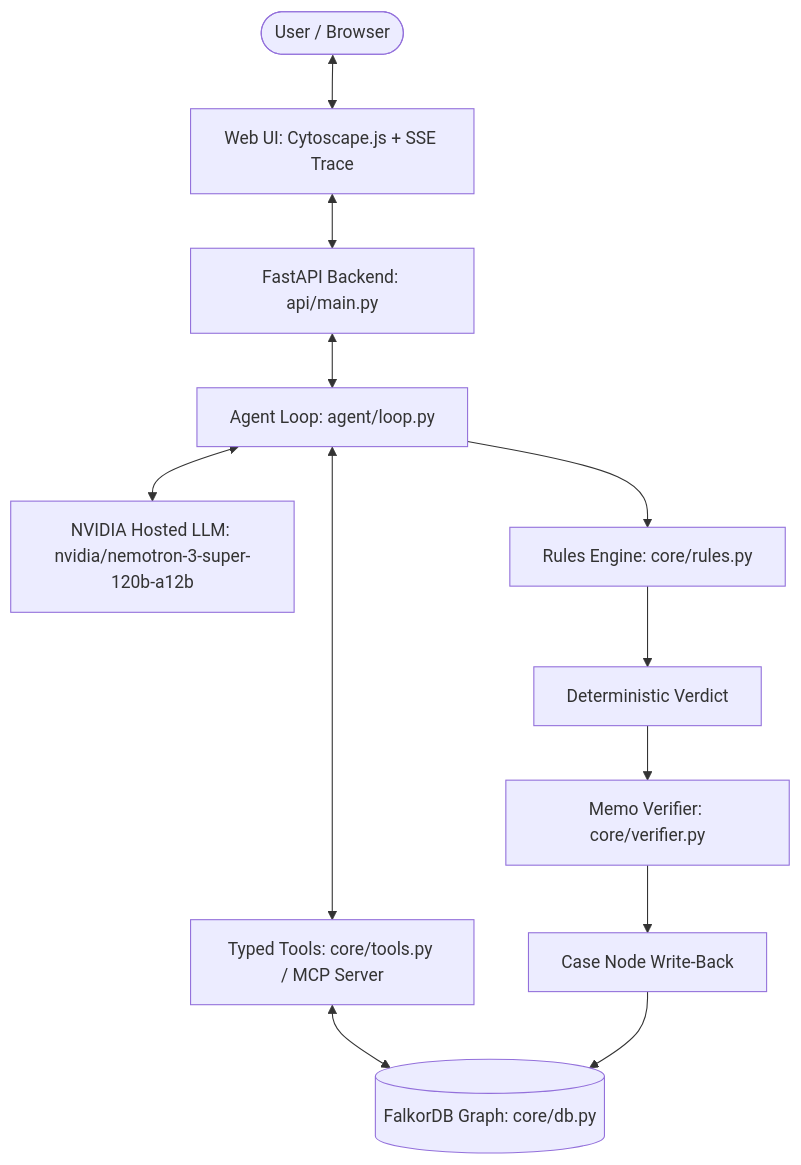
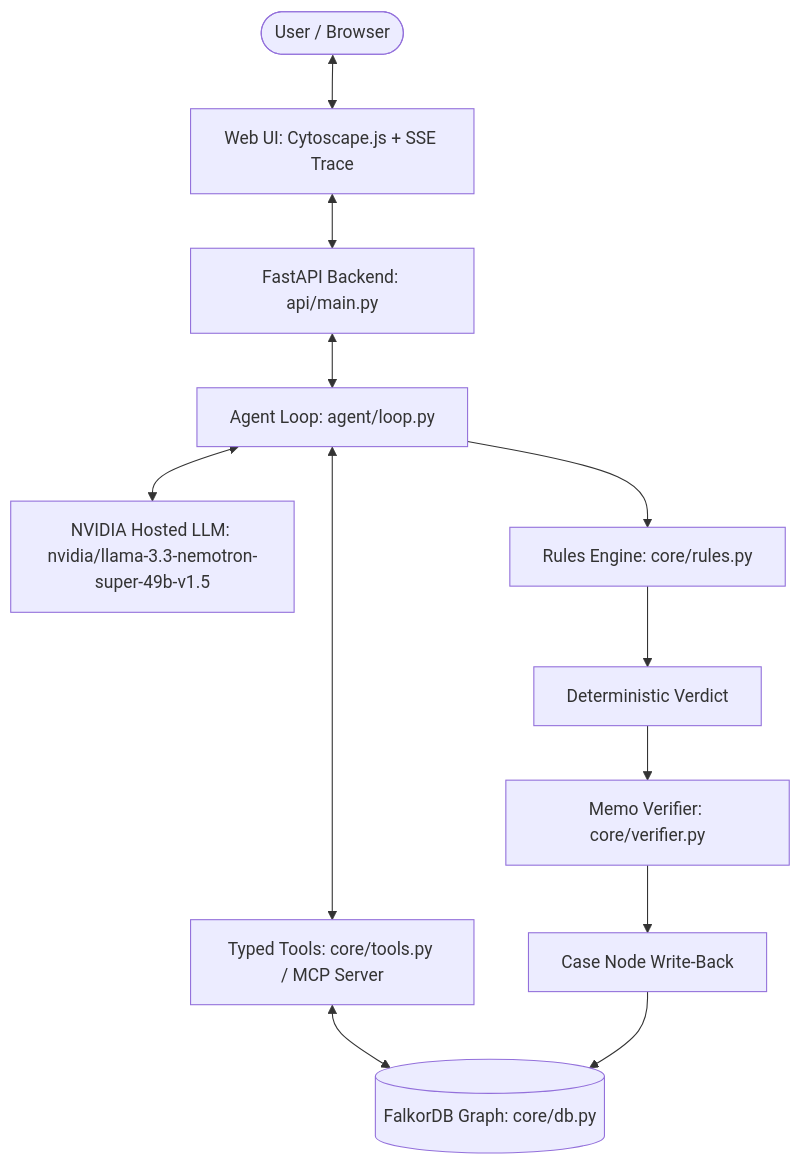
The first of 2 diagrams in README.md (GoDxVictoryRR/ACD-Agent), drawn with Mermaid before and after one commit. The commit also changed other lines of this file and 260 other files, not shown here.

````diff
--- a/README.md
+++ b/README.md
@@ -64,14 +66,14 @@
 ```mermaid
 graph TD
     User([User / Browser]) <--> UI[Web UI: Cytoscape.js + SSE Trace]
     UI <--> API[FastAPI Backend: api/main.py]
     API <--> Loop[Agent Loop: agent/loop.py]
-    Loop <--> LLM[NVIDIA Hosted LLM: nvidia/nemotron-3-super-120b-a12b]
+    Loop <--> LLM[NVIDIA Hosted LLM: nvidia/llama-3.3-nemotron-super-49b-v1.5]
     Loop <--> Tools[Typed Tools: core/tools.py / MCP Server]
     Tools <--> DB[(FalkorDB Graph: core/db.py)]
     Loop --> Rules[Rules Engine: core/rules.py]
     Rules --> Verdict[Deterministic Verdict]
     Verdict --> Verifier[Memo Verifier: core/verifier.py]
     Verifier --> WriteBack[Case Node Write-Back]
     WriteBack --> DB
 ```
````
